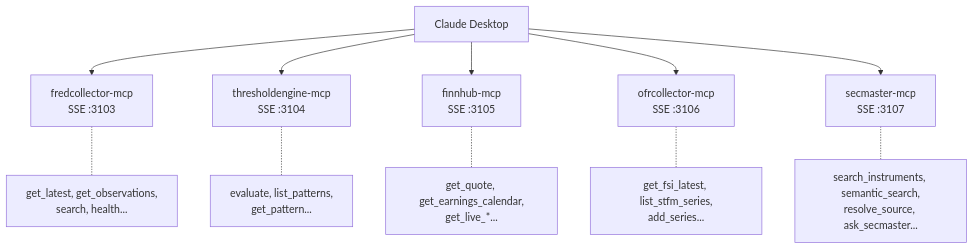
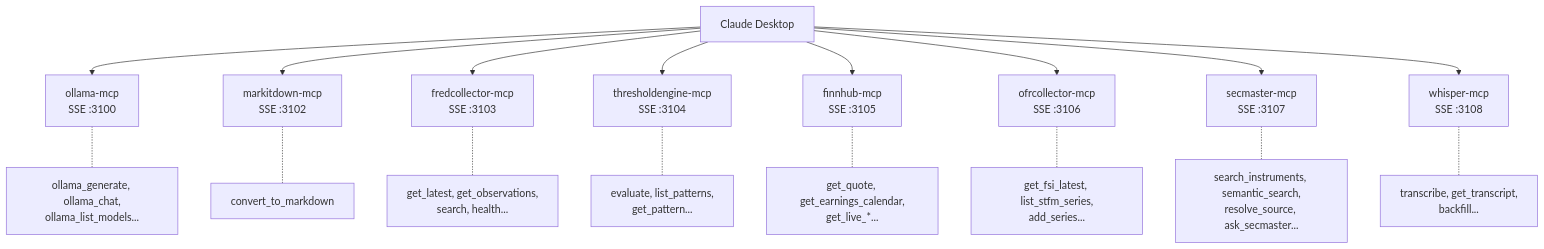
The fourth of 4 diagrams in docs/ARCHITECTURE.md (jpansarasa/ATLAS-Docs), drawn with Mermaid before and after one commit. The commit also changed other lines of this file and 4 other files, not shown here.

````diff
--- a/docs/ARCHITECTURE.md
+++ b/docs/ARCHITECTURE.md
@@ -210,14 +242,20 @@
 ```mermaid
 flowchart TB
-    CD[Claude Desktop] --> FM["fredcollector-mcp<br/>SSE :3103"]
+    CD[Claude Desktop] --> OM["ollama-mcp<br/>SSE :3100"]
+    CD --> MM["markitdown-mcp<br/>SSE :3102"]
+    CD --> FM["fredcollector-mcp<br/>SSE :3103"]
     CD --> TM["thresholdengine-mcp<br/>SSE :3104"]
     CD --> FHM["finnhub-mcp<br/>SSE :3105"]
-    CD --> OM["ofrcollector-mcp<br/>SSE :3106"]
+    CD --> OFM["ofrcollector-mcp<br/>SSE :3106"]
     CD --> SMM["secmaster-mcp<br/>SSE :3107"]
+    CD --> WSM["whisper-mcp<br/>SSE :3108"]
 
+    OM -.- OT["ollama_generate, ollama_chat,<br/>ollama_list_models..."]
+    MM -.- MT["convert_to_markdown"]
     FM -.- FT["get_latest, get_observations,<br/>search, health..."]
     TM -.- TT["evaluate, list_patterns,<br/>get_pattern..."]
     FHM -.- FHT["get_quote, get_earnings_calendar,<br/>get_live_*..."]
-    OM -.- OT["get_fsi_latest, list_stfm_series,<br/>add_series..."]
+    OFM -.- OFT["get_fsi_latest, list_stfm_series,<br/>add_series..."]
     SMM -.- ST["search_instruments, semantic_search,<br/>resolve_source, ask_secmaster..."]
+    WSM -.- WT["transcribe, get_transcript,<br/>backfill..."]
 ```
````
